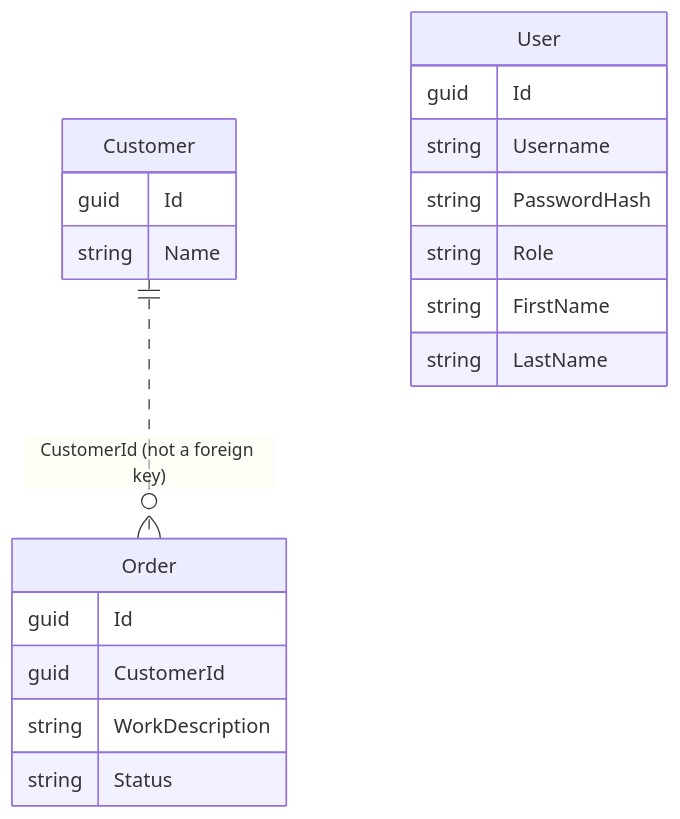
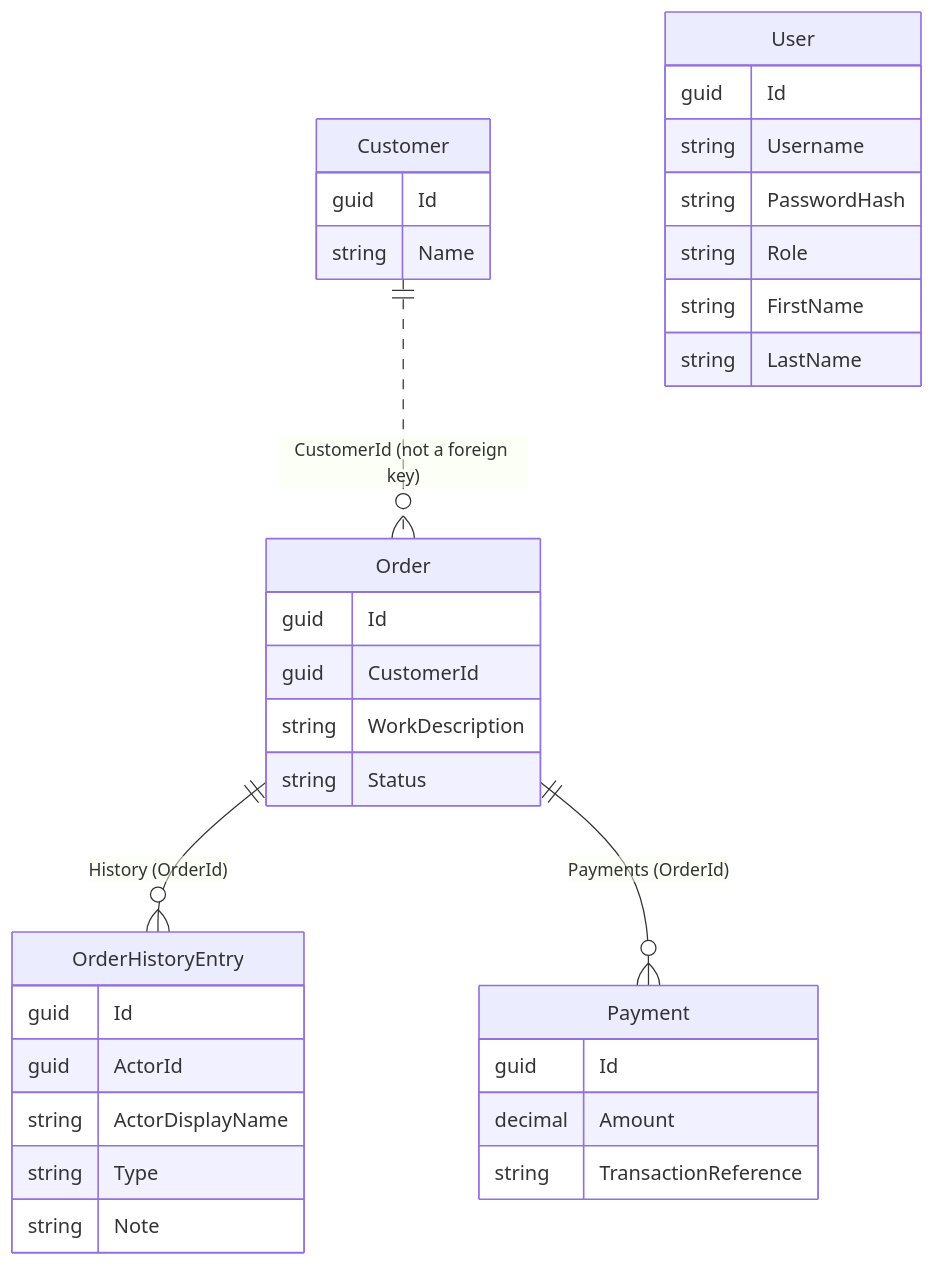
Before and after one commit to bj0594/TailorManager: the third of 7 diagrams in Documentation/Specification.md, drawn with Mermaid. The commit also changed other lines of this file, not shown here.

Commit message:
docs: tick the §5 lines that are done in cycles 01–21, and add the history and payments to the data diagram

````diff
--- a/Documentation/Specification.md
+++ b/Documentation/Specification.md
@@ -196,22 +196,36 @@
 ```mermaid
 erDiagram
     Customer ||..o{ Order : "CustomerId (not a foreign key)"
     Customer {
         guid Id
         string Name
     }
     Order {
         guid Id
         guid CustomerId
         string WorkDescription
         string Status
     }
     User {
         guid Id
         string Username
         string PasswordHash
         string Role
         string FirstName
         string LastName
     }
+    Order ||--o{ OrderHistoryEntry : "History (OrderId)"
+    OrderHistoryEntry {
+        guid Id
+        guid ActorId
+        string ActorDisplayName
+        string Type
+        string Note
+    }
+    Order ||--o{ Payment : "Payments (OrderId)"
+    Payment {
+        guid Id
+        decimal Amount
+        string TransactionReference
+    }
 ```
````
